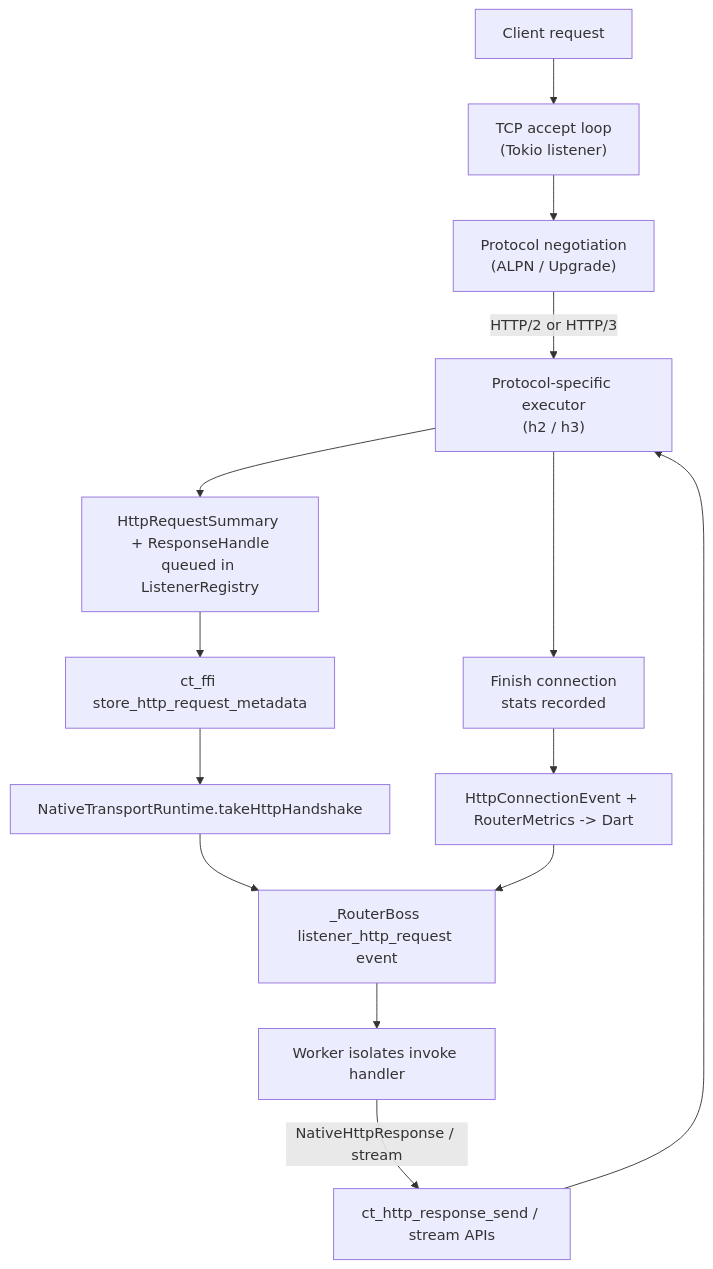
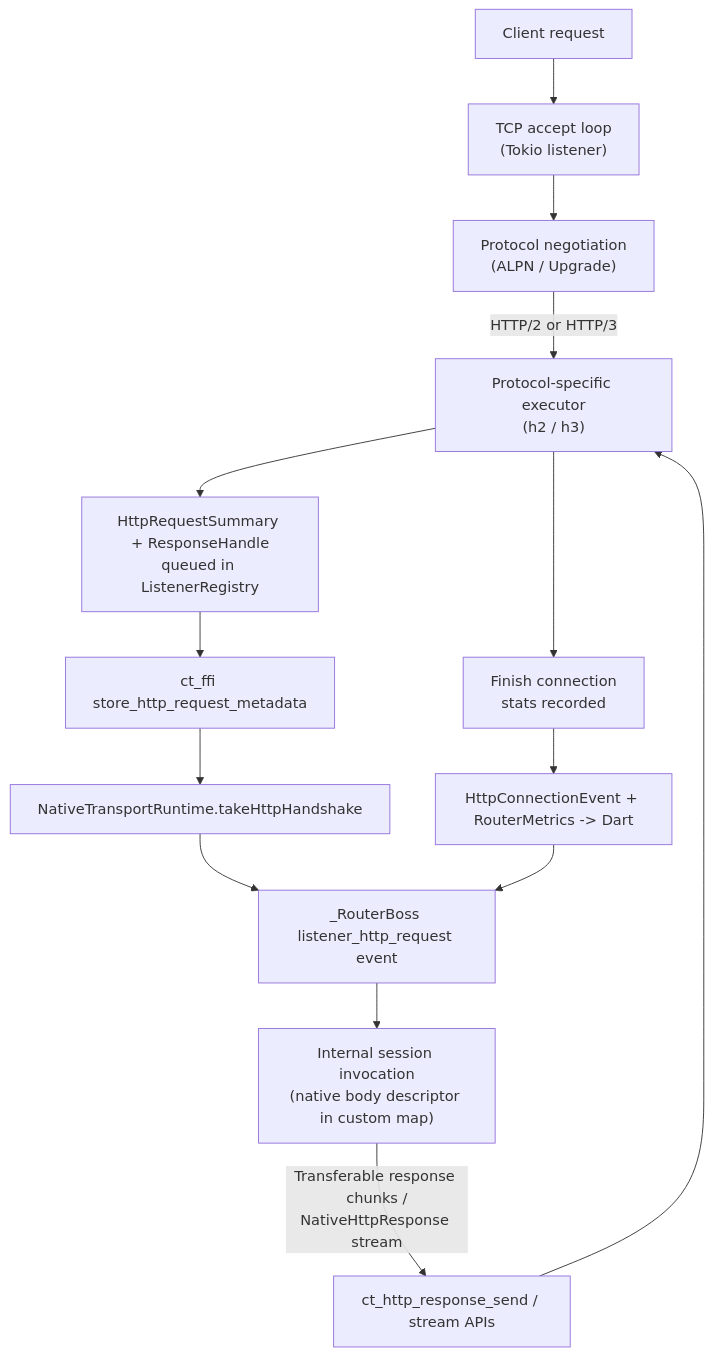
The second of 2 diagrams in STRUCTURE.md (konsultaner/connectanum-dart), drawn with Mermaid before and after one commit. The commit also changed other lines of this file and 22 other files, not shown here.

Commit message:
Add HTTP streaming request/response handlers: implement efficient request draining, response chunking, and inline/streaming fallback strategies; refactor HTTP body management for zero-copy backed storage; and expand test coverage.

````diff
--- a/STRUCTURE.md
+++ b/STRUCTURE.md
@@ -59,16 +62,16 @@
 ```mermaid
 flowchart TD
     A["Client request"] --> B["TCP accept loop\n(Tokio listener)"]
     B --> C["Protocol negotiation\n(ALPN / Upgrade)"]
     C -->|HTTP/2 or HTTP/3| D["Protocol-specific executor\n(h2 / h3)"]
     D --> E["HttpRequestSummary + ResponseHandle\nqueued in ListenerRegistry"]
     E --> F["ct_ffi store_http_request_metadata"]
     F --> G["NativeTransportRuntime.takeHttpHandshake"]
     G --> H["_RouterBoss listener_http_request event"]
-    H --> I["Worker isolates invoke handler"]
-    I -->|NativeHttpResponse / stream| J["ct_http_response_send / stream APIs"]
+    H --> I["Internal session invocation\n(native body descriptor in custom map)"]
+    I -->|Transferable response chunks /\nNativeHttpResponse stream| J["ct_http_response_send / stream APIs"]
     J --> D
     D --> K["Finish connection\nstats recorded"]
     K --> L["HttpConnectionEvent + RouterMetrics -> Dart"]
     L --> H
 ```
````
